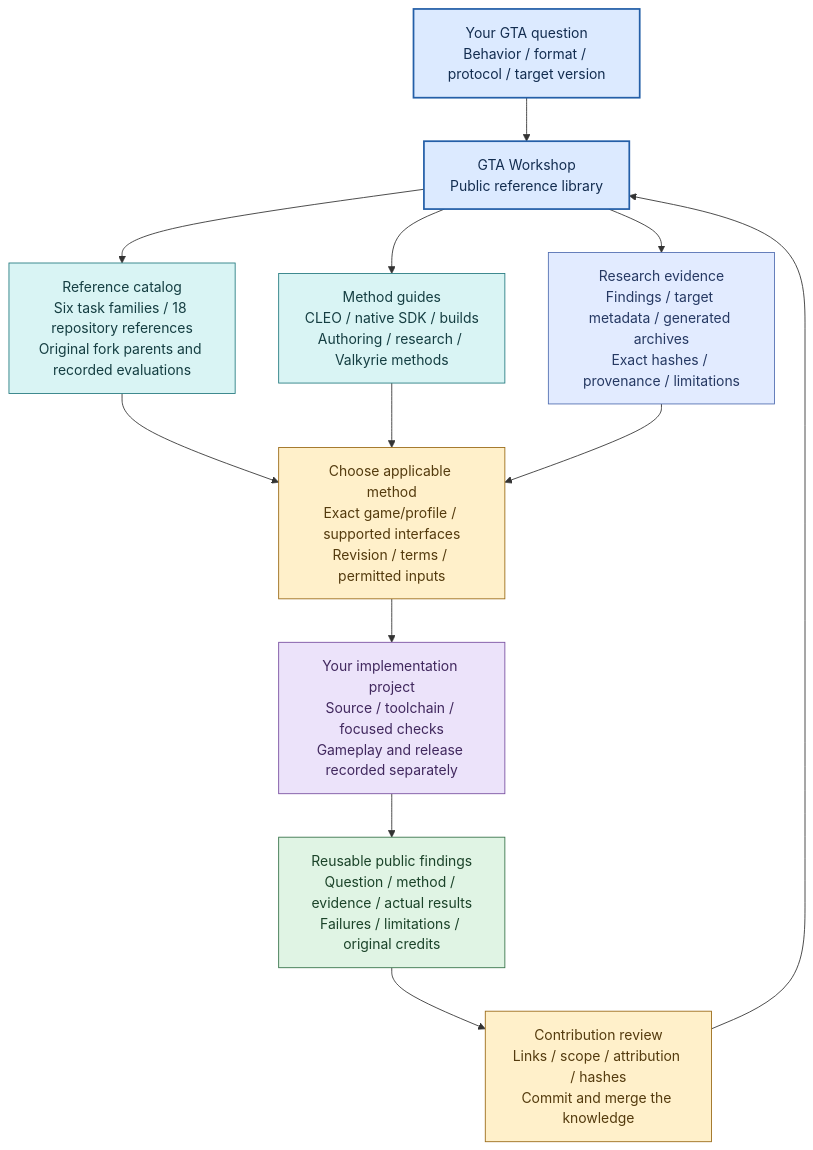
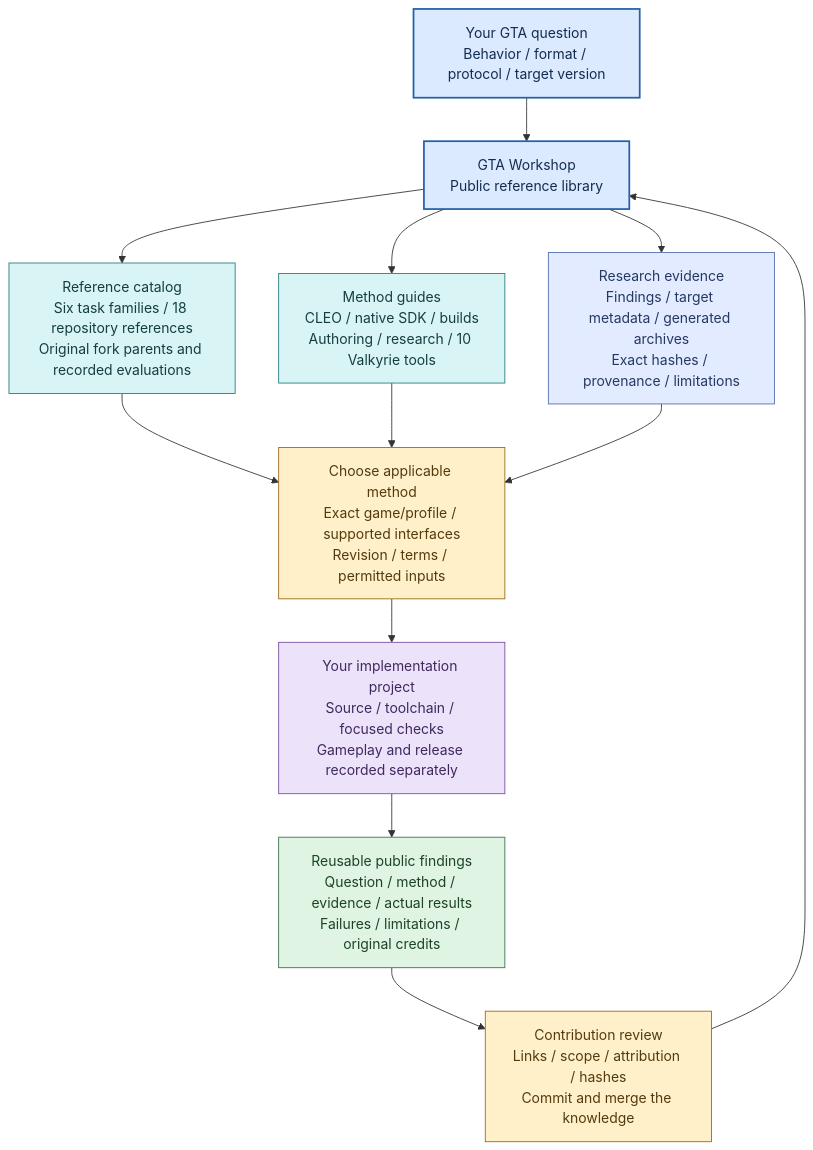
Before and after one commit to darkcenturies/gta-workshop: the diagram in docs/workshop/ownership.mmd, drawn with Mermaid. The commit also changed 81 other files, not shown here.

```diff
--- a/docs/workshop/ownership.mmd
+++ b/docs/workshop/ownership.mmd
@@ -1,43 +1,43 @@
 flowchart TB
     accTitle: Public GTA reference library navigation
     accDescr: A reader chooses a GTA task, consults public upstream references and methods, studies evidence, works in their own implementation project and returns reusable findings. No private product owners are cataloged.
     Q["Your GTA question
 Behavior / format / protocol / target version"]:::hub
     LIB["GTA Workshop
 Public reference library"]:::hub
     CAT["Reference catalog
 Six task families / 18 repository references
 Original fork parents and recorded evaluations"]:::reference
     GUIDE["Method guides
 CLEO / native SDK / builds
-Authoring / research / Valkyrie methods"]:::reference
+Authoring / research / 10 Valkyrie tools"]:::reference
     EVID["Research evidence
 Findings / target metadata / generated archives
 Exact hashes / provenance / limitations"]:::evidence
     TASK["Choose applicable method
 Exact game/profile / supported interfaces
 Revision / terms / permitted inputs"]:::gate
     WORK["Your implementation project
 Source / toolchain / focused checks
 Gameplay and release recorded separately"]:::project
     RETURN["Reusable public findings
 Question / method / evidence / actual results
 Failures / limitations / original credits"]:::public
     REVIEW["Contribution review
 Links / scope / attribution / hashes
 Commit and merge the knowledge"]:::gate
     Q --> LIB
     LIB --> CAT & GUIDE & EVID
     CAT & GUIDE & EVID --> TASK
     TASK --> WORK
     WORK --> RETURN
     RETURN --> REVIEW
     REVIEW --> LIB
 
     classDef hub fill:#dceaff,stroke:#245fa8,color:#132d50,stroke-width:2px;
     classDef reference fill:#d9f4f4,stroke:#267b80,color:#153e42;
     classDef gate fill:#fff0ca,stroke:#9a6a16,color:#543b0e;
     classDef evidence fill:#e2ebff,stroke:#526eb1,color:#263963;
     classDef public fill:#e0f4e4,stroke:#367349,color:#1b4329;
     classDef project fill:#ece3fa,stroke:#7950a1,color:#41285e;
     classDef excluded fill:#ffe4e0,stroke:#b64c41,color:#622820;
```
